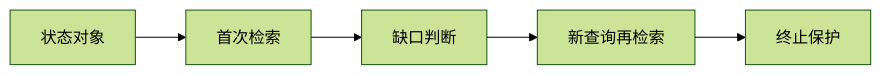
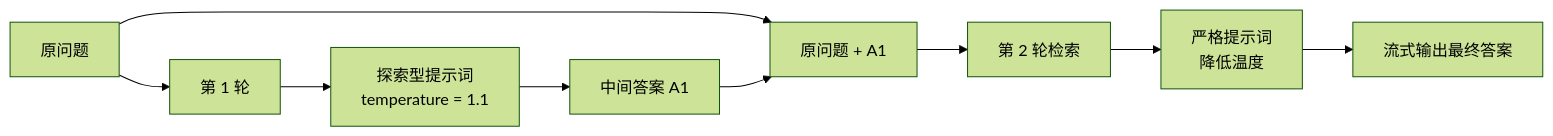
The diagram in notes/09-advanced-retrieval/p066-实战-用检索增强技术提升制度问答模块性能-迭代检索增强生成.md (luyunix/rag_study), drawn with Mermaid (forest theme) before and after one commit. The commit also changed other lines of this file and 306 other files, not shown here.

````diff
--- a/notes/09-advanced-retrieval/p066-实战-用检索增强技术提升制度问答模块性能-迭代检索增强生成.md
+++ b/notes/09-advanced-retrieval/p066-实战-用检索增强技术提升制度问答模块性能-迭代检索增强生成.md
@@ -17,12 +19,11 @@
 ```mermaid
 flowchart LR
-    N0["状态对象"]
-    N1["首次检索"]
-    N2["缺口判断"]
-    N3["新查询再检索"]
-    N4["终止保护"]
-    N0 --> N1
-    N1 --> N2
-    N2 --> N3
-    N3 --> N4
+    Q["原问题"] --> I1["第 1 轮"]
+    I1 --> P1["探索型提示词<br/>temperature = 1.1"]
+    P1 --> A1["中间答案 A1"]
+    Q --> CQ["原问题 + A1"]
+    A1 --> CQ
+    CQ --> I2["第 2 轮检索"]
+    I2 --> P2["严格提示词<br/>降低温度"]
+    P2 --> A2["流式输出最终答案"]
 ```
````
